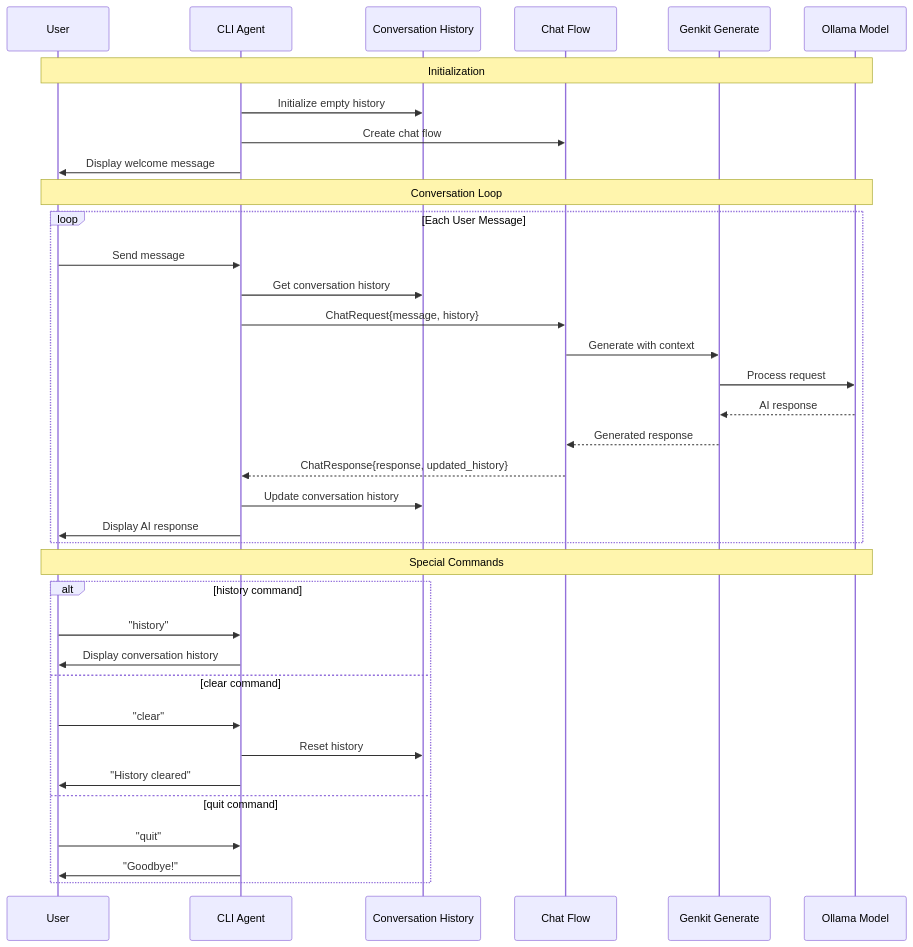
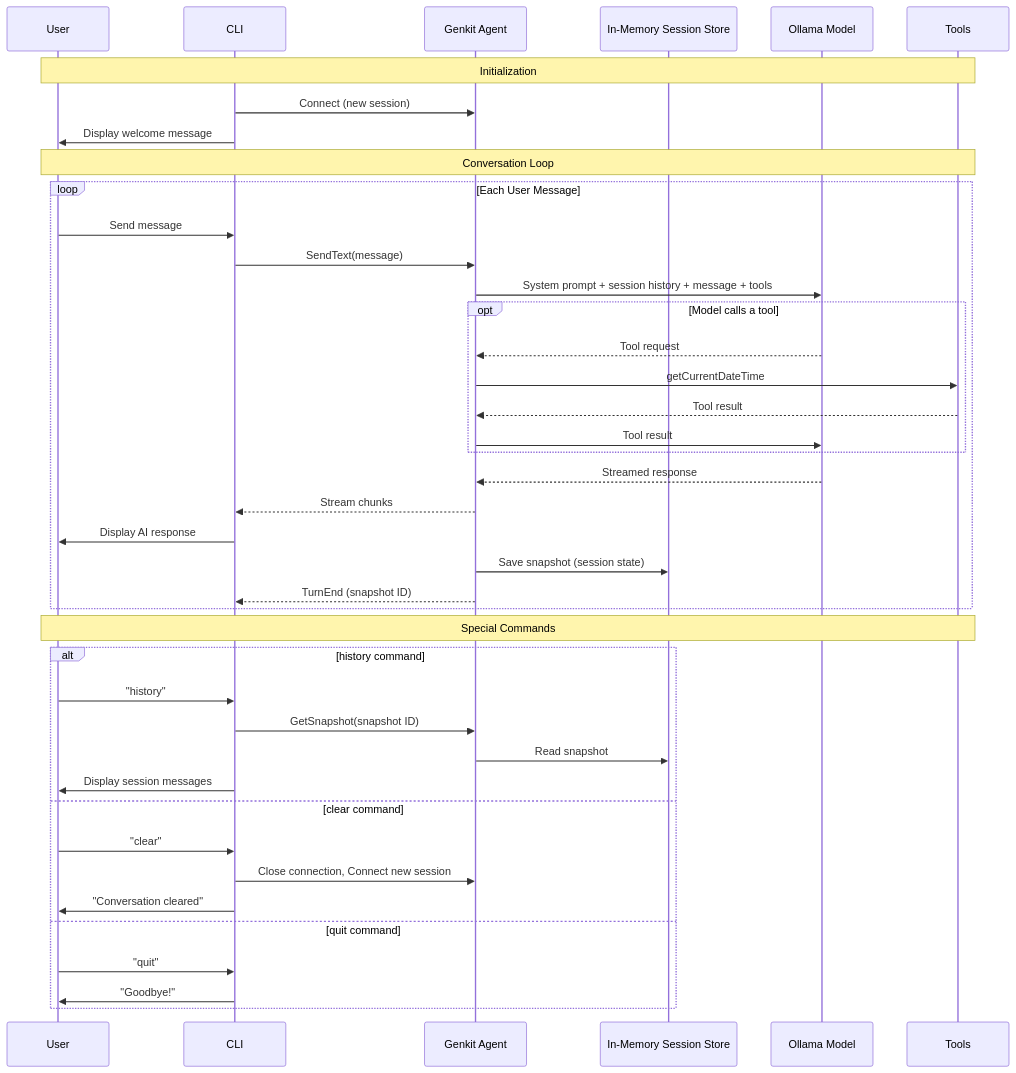
Before and after one commit to mastering-genkit/mastering-genkit-go: the diagram in src/diagrams/chapter-12/ai-agent-flow.md, drawn with Mermaid. The commit also changed 60 other files, not shown here.

Commit message:
feat: udpate book to latest versions and switch to Genkit agent in chapter 12 (#39)

````diff
--- a/src/diagrams/chapter-12/ai-agent-flow.md
+++ b/src/diagrams/chapter-12/ai-agent-flow.md
@@ -1,43 +1,46 @@
 ```mermaid
 sequenceDiagram
     participant User
-    participant CLI as CLI Agent
-    participant History as Conversation History
-    participant Flow as Chat Flow
-    participant Genkit as Genkit Generate
+    participant CLI as CLI
+    participant Agent as Genkit Agent
+    participant Store as In-Memory Session Store
     participant Ollama as Ollama Model
+    participant Tools as Tools
 
-    Note over User, Ollama: Initialization
-    CLI->>History: Initialize empty history
-    CLI->>Flow: Create chat flow
+    Note over User, Tools: Initialization
+    CLI->>Agent: Connect (new session)
     CLI->>User: Display welcome message
 
-    Note over User, Ollama: Conversation Loop
+    Note over User, Tools: Conversation Loop
     loop Each User Message
         User->>CLI: Send message
-        CLI->>History: Get conversation history
-        CLI->>Flow: ChatRequest{message, history}
-        
-        Flow->>Genkit: Generate with context
-        Genkit->>Ollama: Process request
-        Ollama-->>Genkit: AI response
-        Genkit-->>Flow: Generated response
-        
-        Flow-->>CLI: ChatResponse{response, updated_history}
-        CLI->>History: Update conversation history
+        CLI->>Agent: SendText(message)
+        Agent->>Ollama: System prompt + session history + message + tools
+        opt Model calls a tool
+            Ollama-->>Agent: Tool request
+            Agent->>Tools: getCurrentDateTime
+            Tools-->>Agent: Tool result
+            Agent->>Ollama: Tool result
+        end
+        Ollama-->>Agent: Streamed response
+        Agent-->>CLI: Stream chunks
         CLI->>User: Display AI response
+        Agent->>Store: Save snapshot (session state)
+        Agent-->>CLI: TurnEnd (snapshot ID)
     end
 
-    Note over User, Ollama: Special Commands
+    Note over User, Tools: Special Commands
     alt history command
         User->>CLI: "history"
-        CLI->>User: Display conversation history
+        CLI->>Agent: GetSnapshot(snapshot ID)
+        Agent->>Store: Read snapshot
+        CLI->>User: Display session messages
     else clear command
         User->>CLI: "clear"
-        CLI->>History: Reset history
-        CLI->>User: "History cleared"
+        CLI->>Agent: Close connection, Connect new session
+        CLI->>User: "Conversation cleared"
     else quit command
         User->>CLI: "quit"
         CLI->>User: "Goodbye!"
     end
 ```
````
